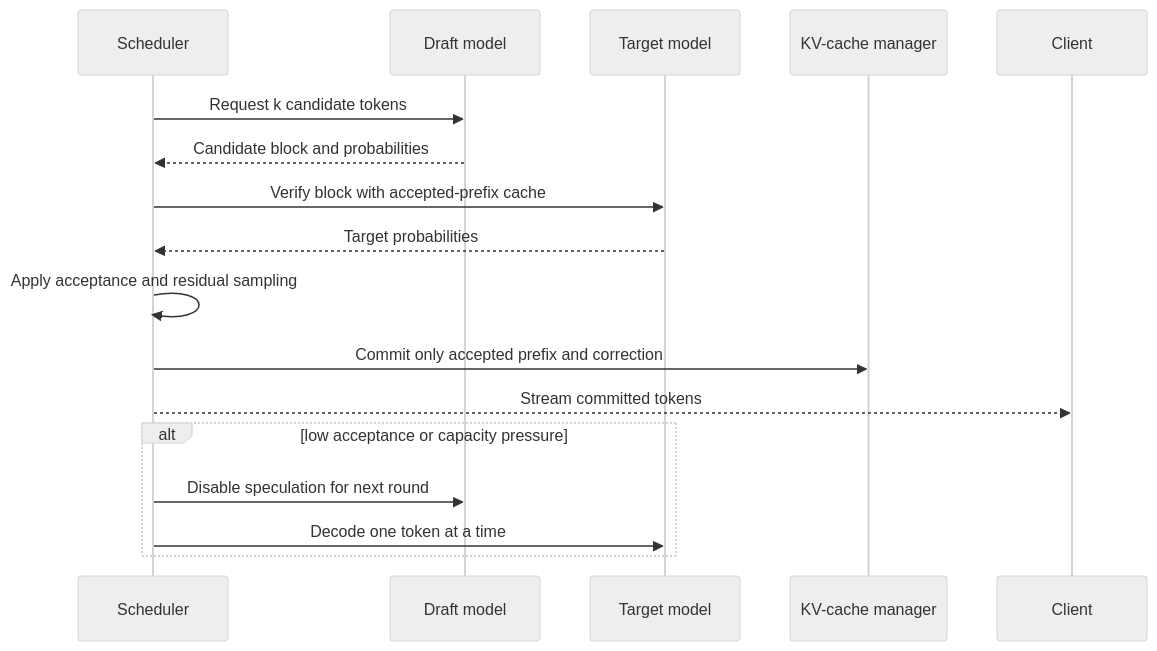
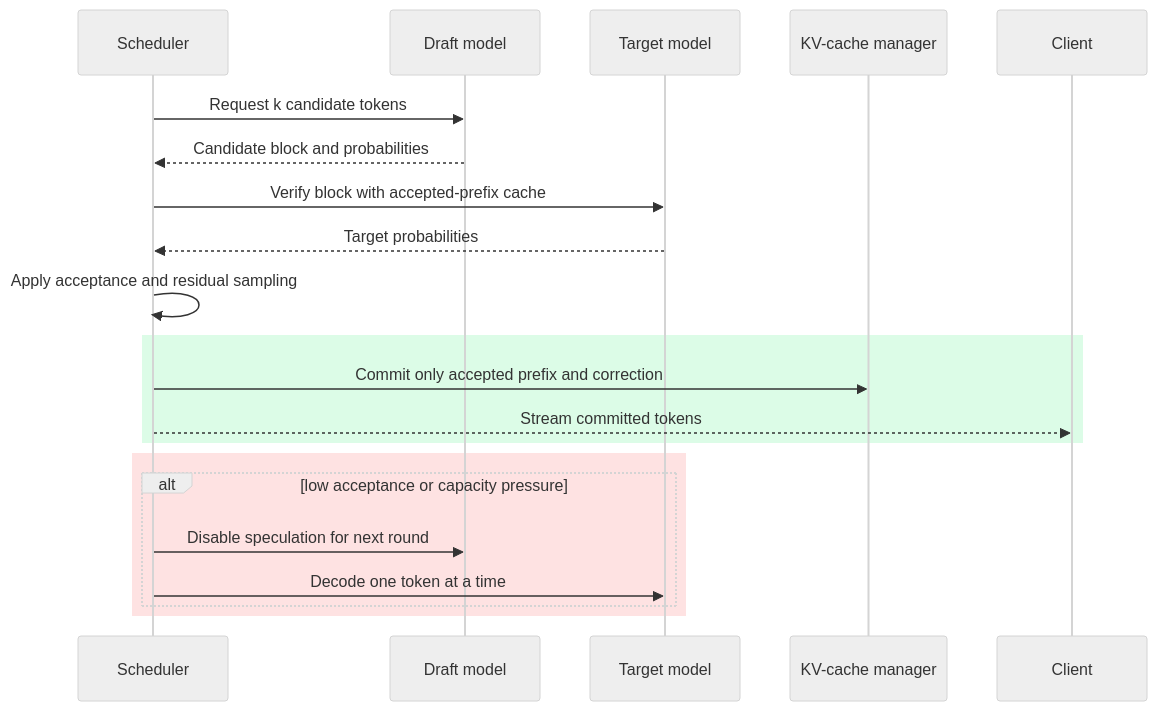
Before and after one commit to souradeepta/ai-monthly-concepts: the second of 2 diagrams in months/2026-07/17-speculative-decoding.md, drawn with Mermaid (neutral theme). The commit also changed other lines of this file and 21 other files, not shown here.

````diff
--- a/months/2026-07/17-speculative-decoding.md
+++ b/months/2026-07/17-speculative-decoding.md
@@ -75,19 +83,23 @@
 ```mermaid
 sequenceDiagram
   participant S as Scheduler
   participant D as Draft model
   participant T as Target model
   participant K as KV-cache manager
   participant C as Client
   S->>D: Request k candidate tokens
   D-->>S: Candidate block and probabilities
   S->>T: Verify block with accepted-prefix cache
   T-->>S: Target probabilities
   S->>S: Apply acceptance and residual sampling
-  S->>K: Commit only accepted prefix and correction
-  S-->>C: Stream committed tokens
-  alt low acceptance or capacity pressure
-    S->>D: Disable speculation for next round
-    S->>T: Decode one token at a time
+  rect rgb(220, 252, 231)
+    S->>K: Commit only accepted prefix and correction
+    S-->>C: Stream committed tokens
+  end
+  rect rgb(254, 226, 226)
+    alt low acceptance or capacity pressure
+      S->>D: Disable speculation for next round
+      S->>T: Decode one token at a time
+    end
   end
 ```
````
